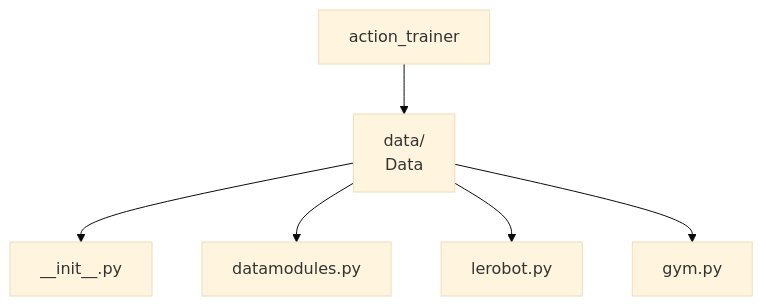
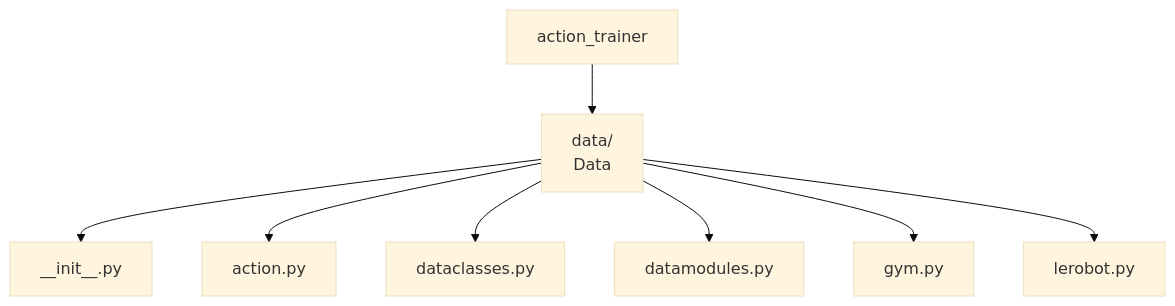
One commit to open-edge-platform/physical-ai-studio changed the diagram in lib/docs/design/data/overview.md. Above: the diagram before and after it, drawn with Mermaid (base theme). The commit also changed other lines of this file and 24 other files, not shown here.

````diff
--- a/lib/docs/design/data/overview.md
+++ b/lib/docs/design/data/overview.md
@@ -3,9 +3,11 @@
 ```mermaid
 graph TD
     A["action_trainer"]
     A --> B["data/ <br/> Data"]
     B --> C["__init__.py"]
-    B --> D["datamodules.py"]
-    B --> E["lerobot.py"]
-    B --> F["gym.py"]
+    B --> D["action.py"]
+    B --> E["dataclasses.py"]
+    B --> F["datamodules.py"]
+    B --> G["gym.py"]
+    B --> H["lerobot.py"]
 ```
````
